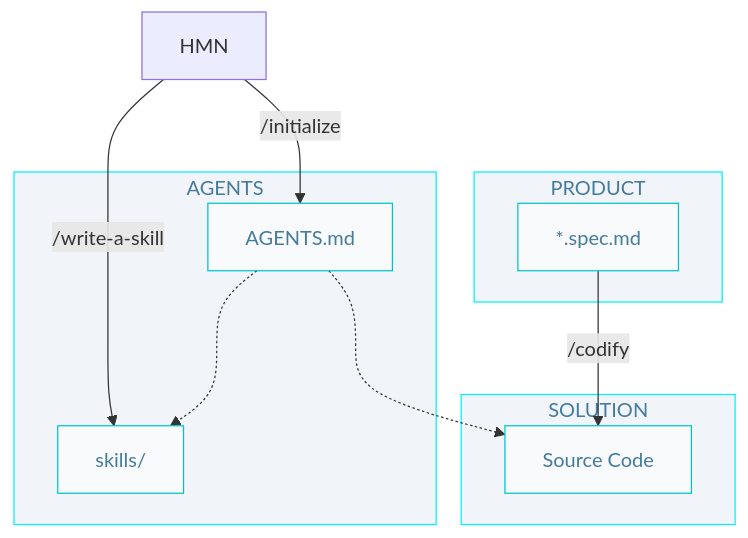
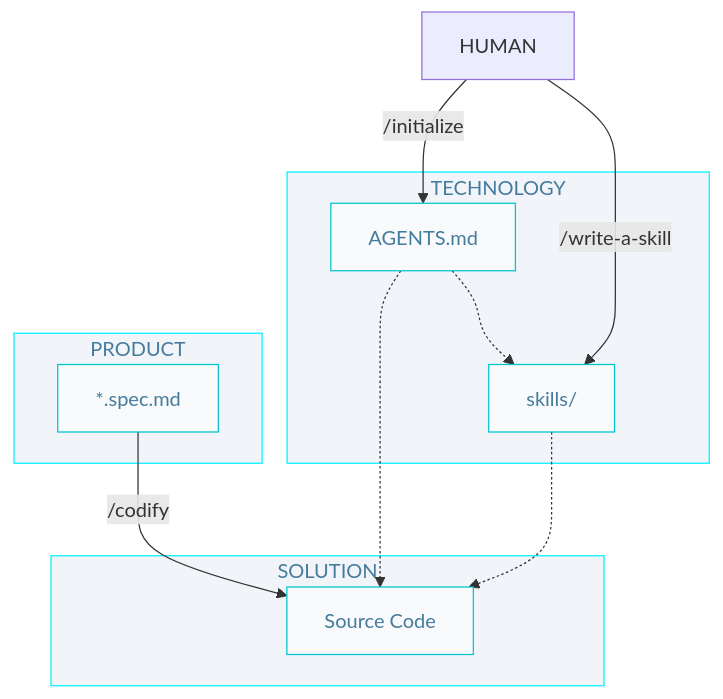
The diagram in docs/2-0-0-instrucciones_y_habilidades_para_agentes/demo/2-sdd.diagram.md (AlbertoBasaloAcademy/dipta-sdd-java), drawn with Mermaid before and after one commit. The commit also changed 17 other files, not shown here.

````diff
--- a/docs/2-0-0-instrucciones_y_habilidades_para_agentes/demo/2-sdd.diagram.md
+++ b/docs/2-0-0-instrucciones_y_habilidades_para_agentes/demo/2-sdd.diagram.md
@@ -3,26 +3,28 @@
 ```mermaid
 flowchart TD
-  classDef nd fill:#f8fafc,stroke:#00c4cc,color:#457b9d
-  classDef sg fill:#f1f5f9,stroke:#00f2ff,color:#457b9d 
+    classDef nd fill:#f8fafc,stroke:#00c4cc,color:#457b9d
+    classDef sg fill:#f1f5f9,stroke:#00f2ff,color:#457b9d 
 
-  subgraph P["PRODUCT"]
-      REQ["*.spec.md"]:::nd
-  end
+    HUM[HUMAN]
 
-  subgraph A["AGENTS"]
-      AGT["AGENTS.md"]:::nd
-      SKL["skills/"]:::nd
-      AGT -.-> SKL
-  end  
+    subgraph P["PRODUCT"]
+        REQ["*.spec.md"]:::nd
+    end
 
-  subgraph S["SOLUTION"]
-      COD[Source Code]:::nd
-  end
+    subgraph T["TECHNOLOGY"]
+        AGT["AGENTS.md"]:::nd
+        SKL["skills/"]:::nd
+        AGT -.-> SKL
+    end
 
-	HMN -->|/initialize| AGT
-  HMN -->|/write-a-skill| SKL
-  REQ -->|/codify| COD
-  AGT -.-> COD  
+    subgraph S["SOLUTION"]
+        COD[Source Code]:::nd
+    end
 
-  class P,A,S sg
+    HUM -->|/initialize| AGT
+    HUM -->|/write-a-skill| SKL
+    REQ -->|/codify| COD
+    AGT & SKL -.-> COD
+
+    class P,T,S sg
 ```
````
